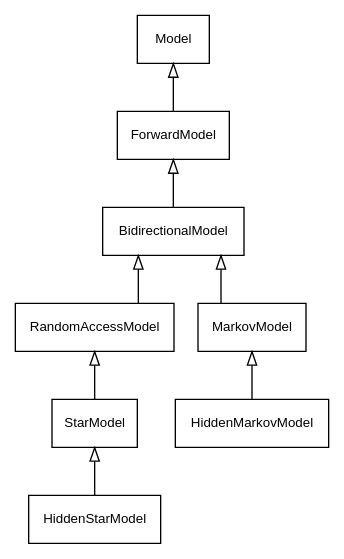
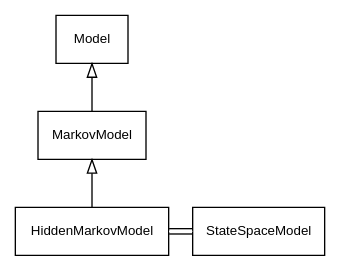
One commit to lawmurray/Birch changed the diagram in docs/figs/Model.dot. Above: the diagram before and after it, drawn with Graphviz. The commit also changed 17 other files, not shown here.

Commit message:
Updated class diagrams for docs.

```diff
--- a/docs/figs/Model.dot
+++ b/docs/figs/Model.dot
@@ -1,26 +1,20 @@
 digraph {
   splines=ortho
   concentrate=true
   rankdir=BT
   node [shape=box,fontname=Helvetica,fontsize=10,margin="0.1,0.01"]
   edge [arrowhead=empty]
 
   Model [href="../classes/Model/",target="_top"]
-  ForwardModel [href="../classes/ForwardModel/",target="_top"]
-  BidirectionalModel [href="../classes/BidirectionalModel/",target="_top"]
-  RandomAccessModel [href="../classes/RandomAccessModel/",target="_top"]
-  StarModel [href="../classes/StarModel/",target="_top"]
-  HiddenStarModel [href="../classes/HiddenStarModel/",target="_top"]
   MarkovModel [href="../classes/MarkovModel/",target="_top"]
   HiddenMarkovModel [href="../classes/HiddenMarkovModel/",target="_top"]
+  StateSpaceModel [href="../classes/StateSpaceModel/",target="_top"]
 
-  ForwardModel -> Model
-  BidirectionalModel -> ForwardModel
-  RandomAccessModel -> BidirectionalModel
+  MarkovModel -> Model
+  HiddenMarkovModel -> MarkovModel
 
-  StarModel -> RandomAccessModel
-  HiddenStarModel -> StarModel
+  edge [arrowhead=none,color="black:white:black"]
+  StateSpaceModel -> HiddenMarkovModel [constraint=false]
 
-  MarkovModel -> BidirectionalModel
-  HiddenMarkovModel -> MarkovModel
+  {rank=same; StateSpaceModel; HiddenMarkovModel}
 }
```
